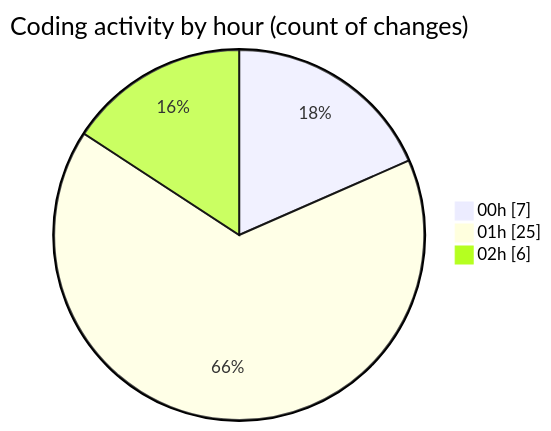
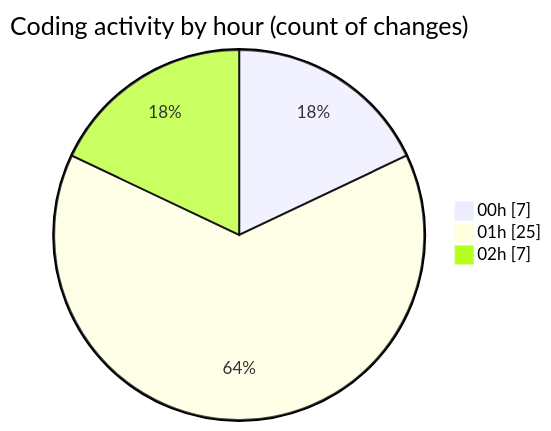
The second of 2 diagrams in 2025-08-06/tw-server/README.md (EIIisD/code-tracking), drawn with Mermaid before and after one commit. The commit also changed other lines of this file and 1 other file, not shown here.

````diff
--- a/2025-08-06/tw-server/README.md
+++ b/2025-08-06/tw-server/README.md
@@ -40,7 +40,7 @@
 ```mermaid
 pie showData
 title Coding activity by hour (count of changes)
 "00h" : 7
 "01h" : 25
-"02h" : 6
+"02h" : 7
 ```
````
